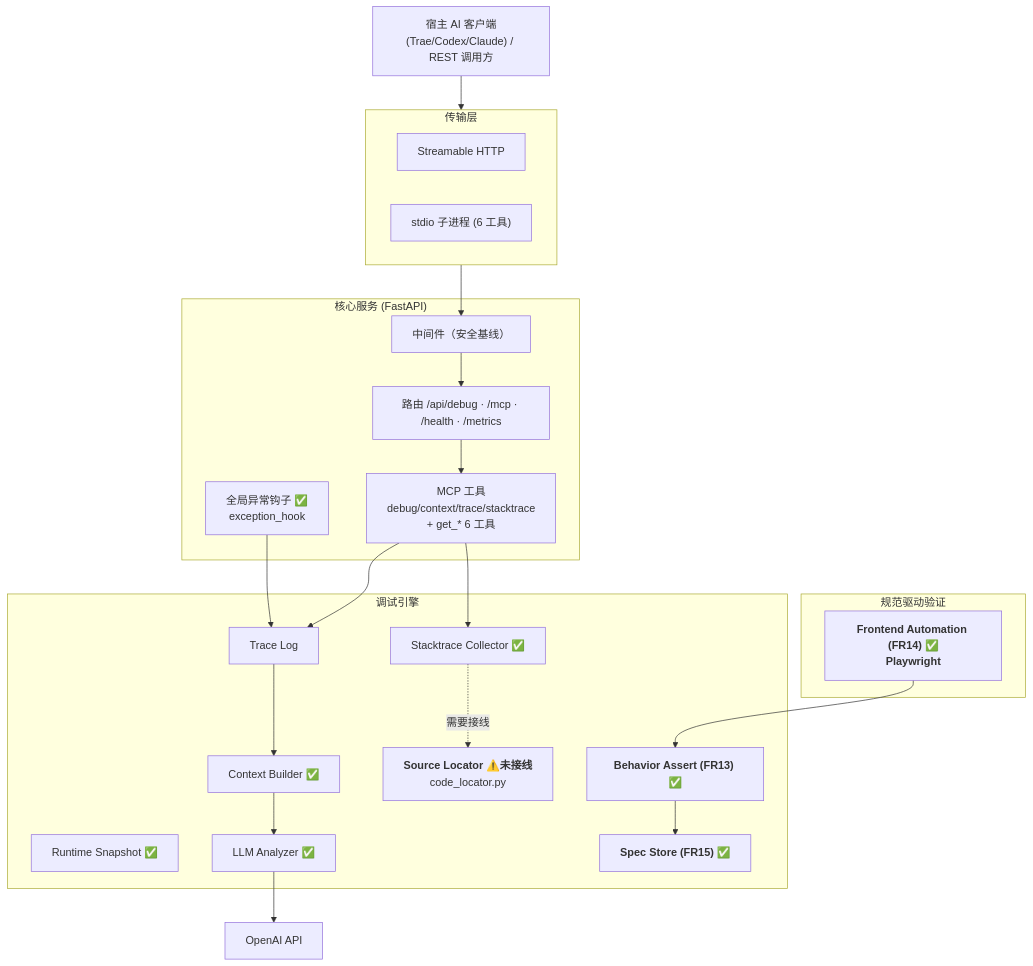
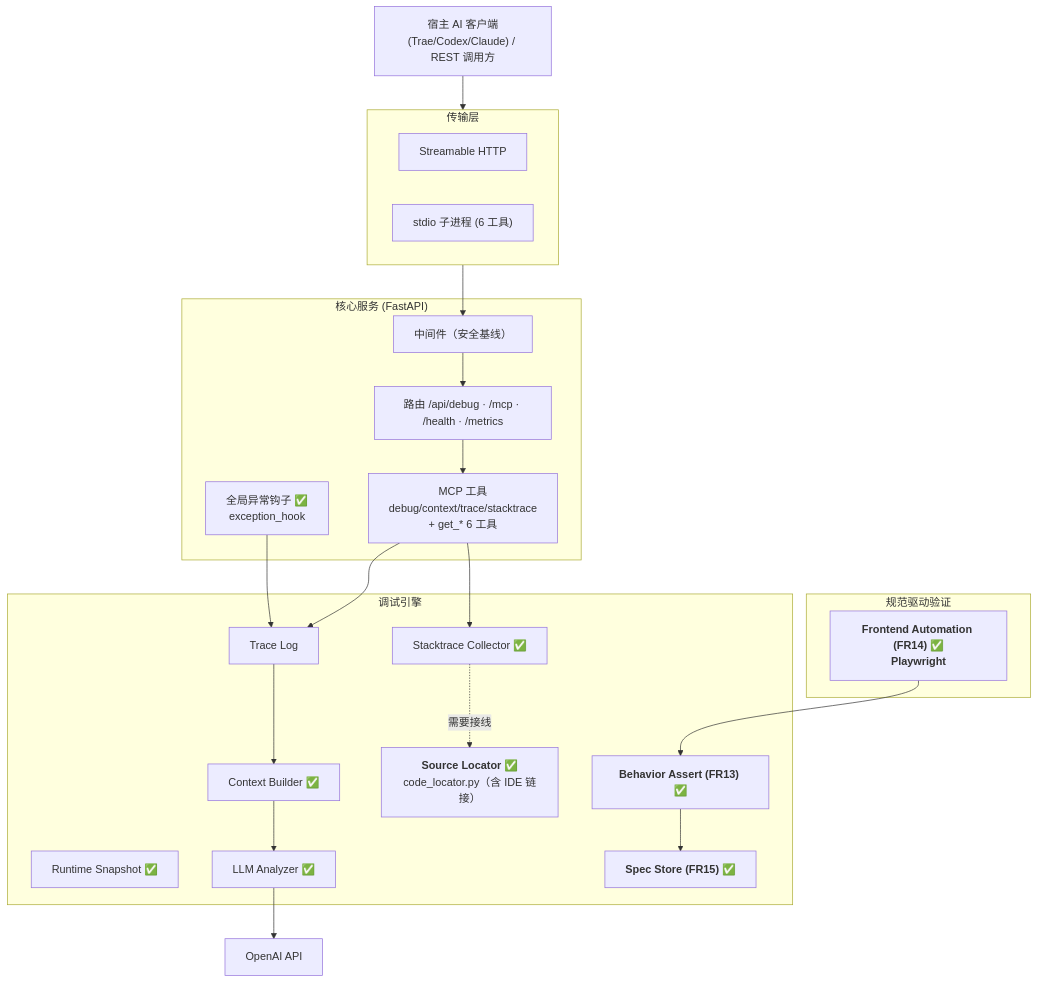
Before and after one commit to Ljj041120/Lujo-MCP: the first of 3 diagrams in PRD.md, drawn with Mermaid. The commit also changed other lines of this file and 5 other files, not shown here.

First line of the commit message:
feat: /api/spec REST CRUD + schema 模型 + PRD v5.0 全量交付版

````diff
--- a/PRD.md
+++ b/PRD.md
@@ -245,42 +237,42 @@
 ```mermaid
 flowchart TB
     Client["宿主 AI 客户端<br/>(Trae/Codex/Claude) / REST 调用方"]
 
     subgraph Transport["传输层"]
         HTTP["Streamable HTTP"]
         STDIO["stdio 子进程 (6 工具)"]
     end
 
     subgraph Core["核心服务 (FastAPI)"]
         Hook["全局异常钩子 ✅<br/>exception_hook"]
         MW["中间件（安全基线）"]
         Router["路由 /api/debug · /mcp · /health · /metrics"]
         Tools["MCP 工具<br/>debug/context/trace/stacktrace<br/>+ get_* 6 工具"]
     end
 
     subgraph Engine["调试引擎"]
         Logs["Trace Log"]
         Builder["Context Builder ✅"]
         Stack["Stacktrace Collector ✅"]
-        Locator["<b>Source Locator ⚠️未接线</b><br/>code_locator.py"]
+        Locator["<b>Source Locator ✅</b><br/>code_locator.py（含 IDE 链接）"]
         Runtime["Runtime Snapshot ✅"]
         Analyzer["LLM Analyzer ✅"]
         Assert["<b>Behavior Assert (FR13) ✅</b>"]
         SpecStore["<b>Spec Store (FR15) ✅</b>"]
     end
 
     subgraph Verify["规范驱动验证"]
         E2E["<b>Frontend Automation (FR14) ✅<br/>Playwright</b>"]
     end
 
     Client --> Transport
     Hook --> Logs
     Transport --> MW --> Router --> Tools
     Tools --> Logs --> Builder
     Tools --> Stack
     Stack -.需要接线.-> Locator
     Builder --> Analyzer
     Analyzer --> LLM["OpenAI API"]
     Assert --> SpecStore
     E2E --> Assert
 ```
````
